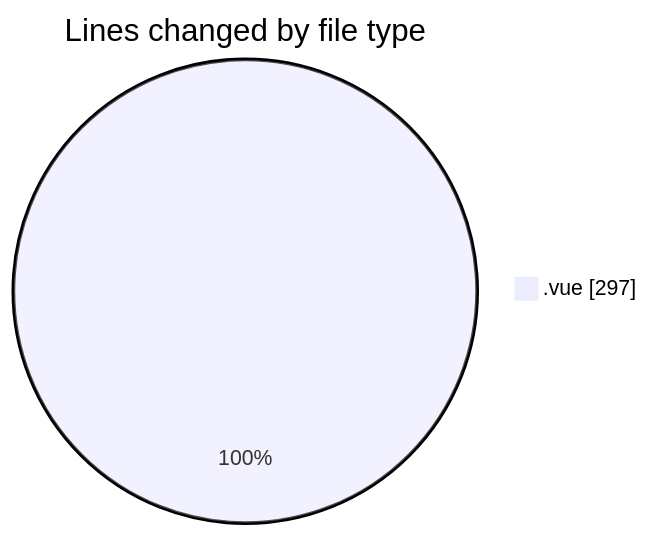
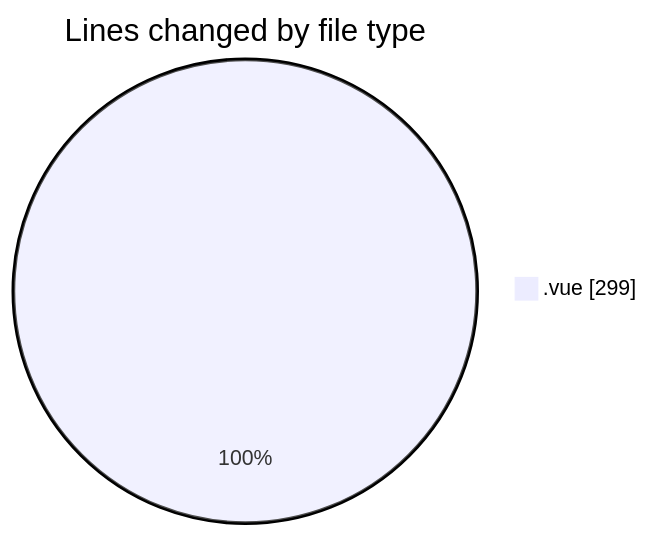
The first of 2 diagrams in 2025-03-14/lumine-web/README.md (robertbonfada/code-tracking), drawn with Mermaid before and after one commit. The commit also changed other lines of this file and 1 other file, not shown here.

````diff
--- a/2025-03-14/lumine-web/README.md
+++ b/2025-03-14/lumine-web/README.md
@@ -21,5 +21,5 @@
 ```mermaid
 pie showData
 title Lines changed by file type
-".vue" : 297
+".vue" : 299
 ```
````
